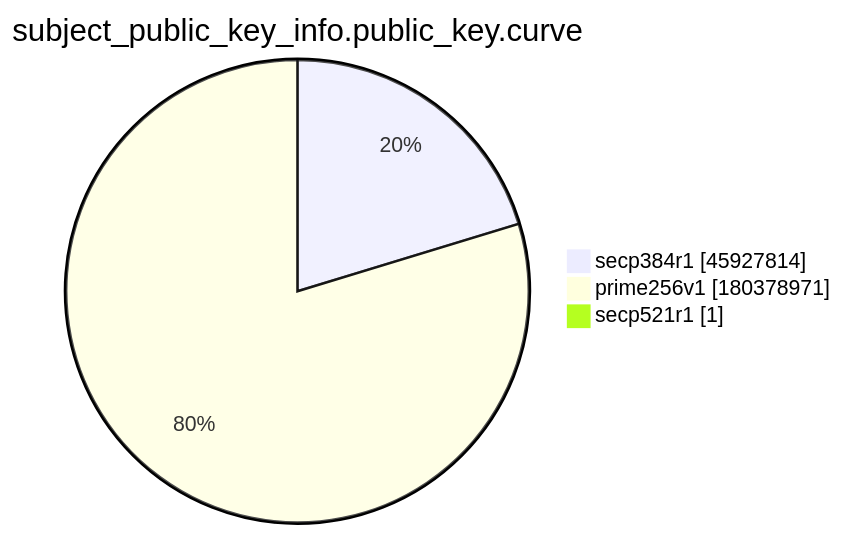
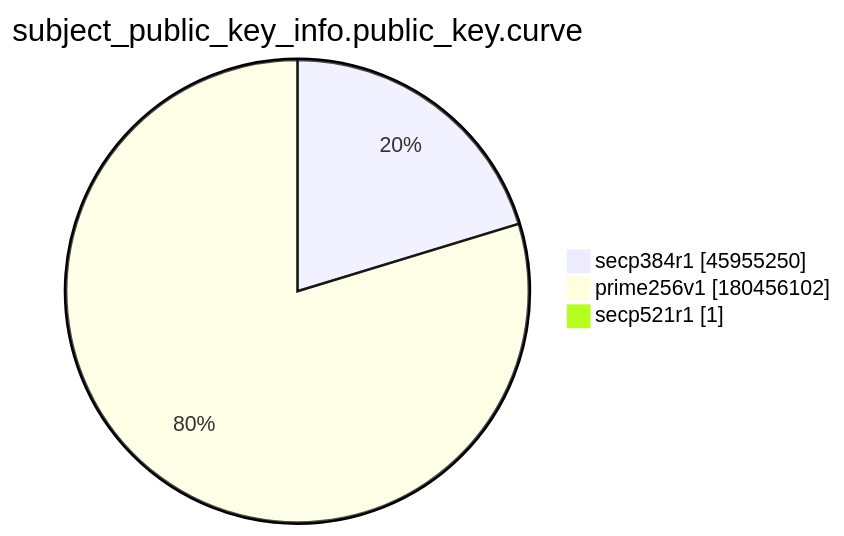
Before and after one commit to christiankrug/ctmonitor_visualization: the ninth of 15 diagrams in xenon2022/README.md, drawn with Mermaid. The commit also changed other lines of this file, not shown here.

````diff
--- a/xenon2022/README.md
+++ b/xenon2022/README.md
@@ -2873,7 +2873,7 @@
 ```mermaid
 pie showData
 title subject_public_key_info.public_key.curve
-"secp384r1" :45927814
-"prime256v1" :180378971
+"secp384r1" :45955250
+"prime256v1" :180456102
 "secp521r1" :1
 ```
````
